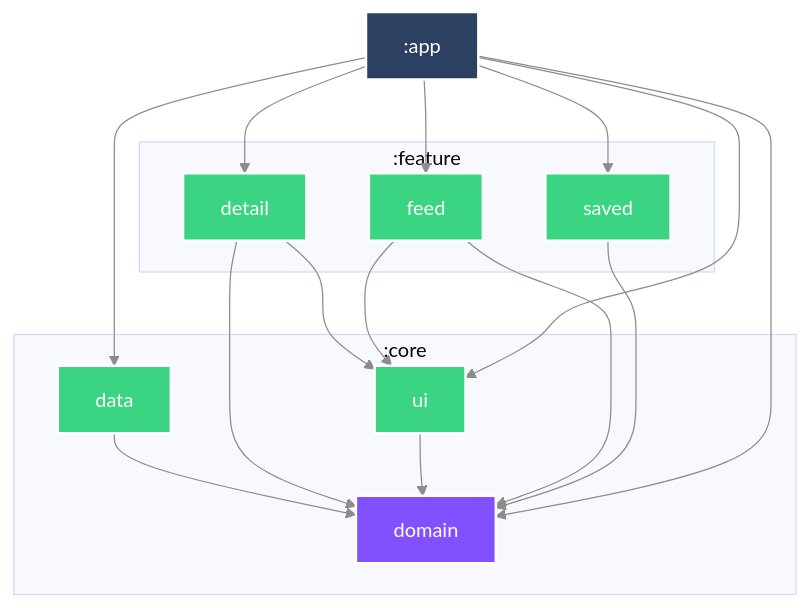
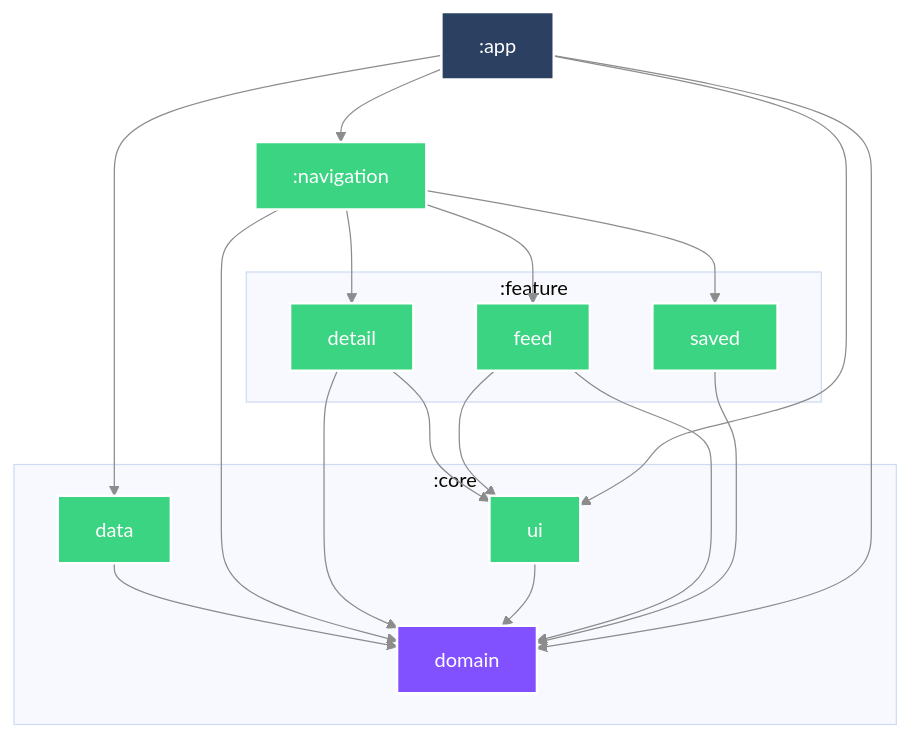
Before and after one commit to Mett-Barr/Mosaic: the diagram in README.md, drawn with Mermaid. The commit also changed other lines of this file and 12 other files, not shown here.

````diff
--- a/README.md
+++ b/README.md
@@ -39,45 +40,48 @@
 ```mermaid
 %%{
   init: {
     'theme': 'base',
     'themeVariables': {"lineColor":"#8C8C8C"}
   }
 }%%
 
 graph TB
   subgraph :core
     :core:data["data"]
     :core:domain["domain"]
     :core:ui["ui"]
   end
   subgraph :feature
+    :feature:feed["feed"]
     :feature:detail["detail"]
-    :feature:feed["feed"]
     :feature:saved["saved"]
   end
   :core:data --> :core:domain
+  :navigation --> :feature:feed
+  :navigation --> :feature:detail
+  :navigation --> :feature:saved
+  :navigation --> :core:domain
   :feature:detail --> :core:domain
   :feature:detail --> :core:ui
   :core:ui --> :core:domain
   :feature:feed --> :core:domain
   :feature:feed --> :core:ui
   :feature:saved --> :core:domain
   :app --> :core:data
   :app --> :core:domain
   :app --> :core:ui
-  :app --> :feature:feed
-  :app --> :feature:detail
-  :app --> :feature:saved
+  :app --> :navigation
 
 classDef android-library fill:#3BD482,stroke:#fff,stroke-width:2px,color:#fff;
 classDef kotlin-jvm fill:#8150FF,stroke:#fff,stroke-width:2px,color:#fff;
 classDef android-application fill:#2C4162,stroke:#fff,stroke-width:2px,color:#fff;
 class :core:data android-library
 class :core:domain kotlin-jvm
+class :navigation android-library
+class :feature:feed android-library
 class :feature:detail android-library
+class :feature:saved android-library
 class :core:ui android-library
-class :feature:feed android-library
-class :feature:saved android-library
 class :app android-application
 
 ```
````
